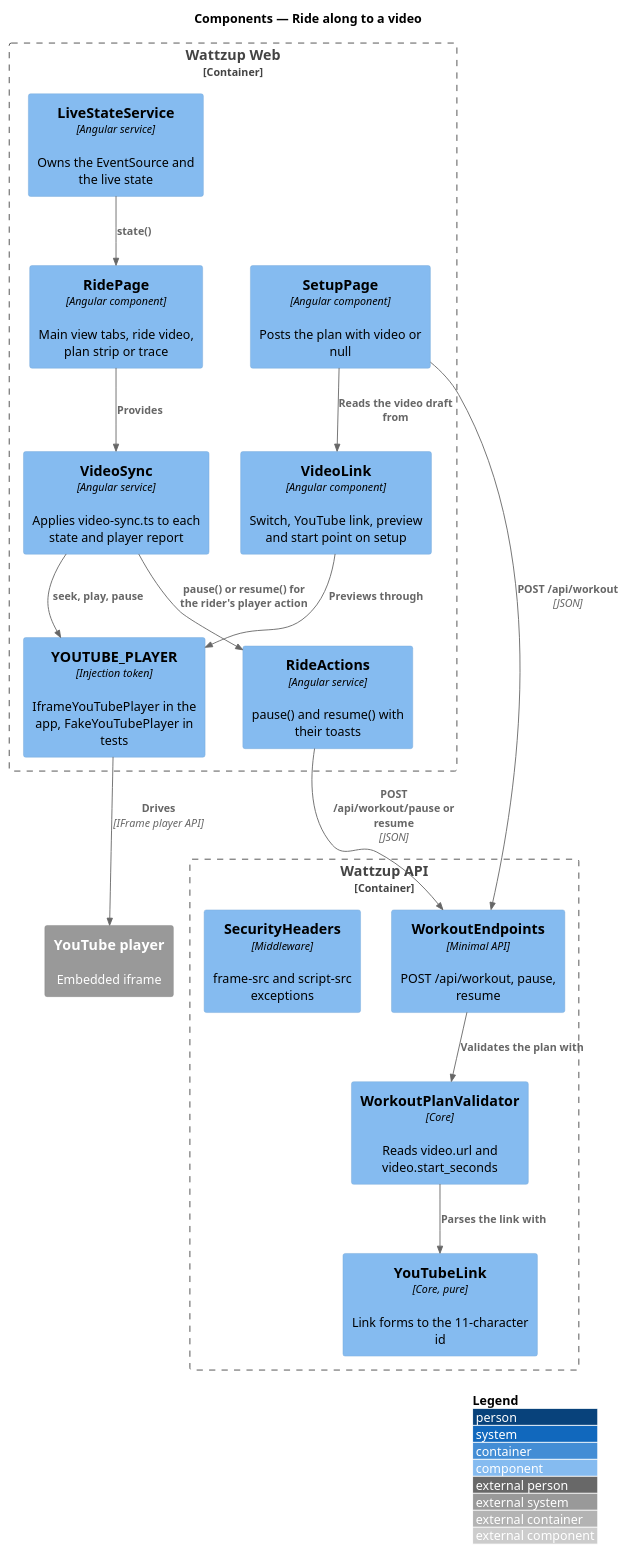
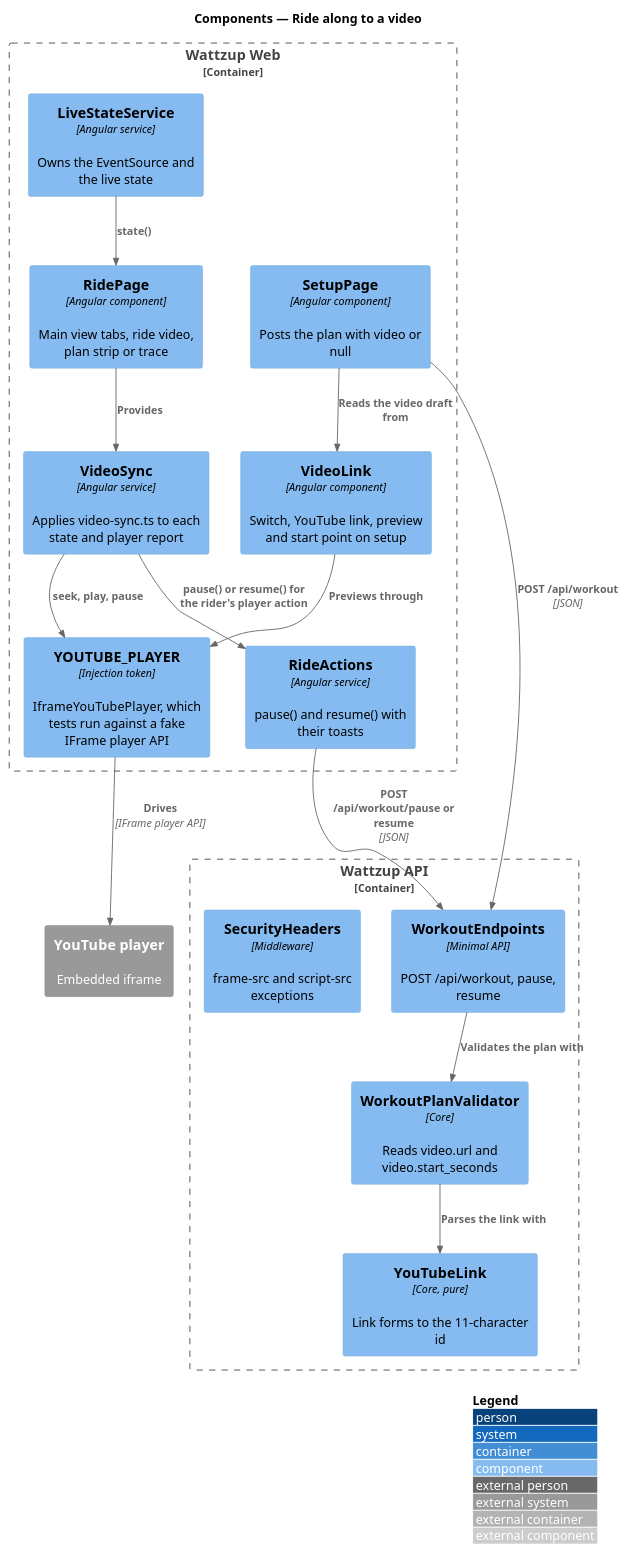
Before and after one commit to QuinntyneBrown/ride-one: the diagram in docs/detailed-designs/workouts/ride-along-video/diagrams/c4-component.puml, drawn with PlantUML. The commit also changed 24 other files, not shown here.

```diff
--- a/docs/detailed-designs/workouts/ride-along-video/diagrams/c4-component.puml
+++ b/docs/detailed-designs/workouts/ride-along-video/diagrams/c4-component.puml
@@ -1,34 +1,34 @@
 @startuml
 !include <C4/C4_Component>
 LAYOUT_WITH_LEGEND()
 title Components — Ride along to a video
 
 Container_Boundary(web, "Wattzup Web") {
   Component(videolink, "VideoLink", "Angular component", "Switch, YouTube link, preview and start point on setup")
   Component(setup, "SetupPage", "Angular component", "Posts the plan with video or null")
   Component(ride, "RidePage", "Angular component", "Main view tabs, ride video, plan strip or trace")
   Component(sync, "VideoSync", "Angular service", "Applies video-sync.ts to each state and player report")
-  Component(token, "YOUTUBE_PLAYER", "Injection token", "IframeYouTubePlayer in the app, FakeYouTubePlayer in tests")
+  Component(token, "YOUTUBE_PLAYER", "Injection token", "IframeYouTubePlayer, which tests run against a fake IFrame player API")
   Component(live, "LiveStateService", "Angular service", "Owns the EventSource and the live state")
   Component(actions, "RideActions", "Angular service", "pause() and resume() with their toasts")
 }
 Container_Boundary(api, "Wattzup API") {
   Component(ep, "WorkoutEndpoints", "Minimal API", "POST /api/workout, pause, resume")
   Component(validator, "WorkoutPlanValidator", "Core", "Reads video.url and video.start_seconds")
   Component(link, "YouTubeLink", "Core, pure", "Link forms to the 11-character id")
   Component(headers, "SecurityHeaders", "Middleware", "frame-src and script-src exceptions")
 }
 System_Ext(player, "YouTube player", "Embedded iframe")
 
 Rel(videolink, token, "Previews through")
 Rel(setup, videolink, "Reads the video draft from")
 Rel(setup, ep, "POST /api/workout", "JSON")
 Rel(ep, validator, "Validates the plan with")
 Rel(validator, link, "Parses the link with")
 Rel(live, ride, "state()")
 Rel(ride, sync, "Provides")
 Rel(sync, token, "seek, play, pause")
 Rel(sync, actions, "pause() or resume() for the rider's player action")
 Rel(actions, ep, "POST /api/workout/pause or resume", "JSON")
 Rel(token, player, "Drives", "IFrame player API")
 @enduml
```
